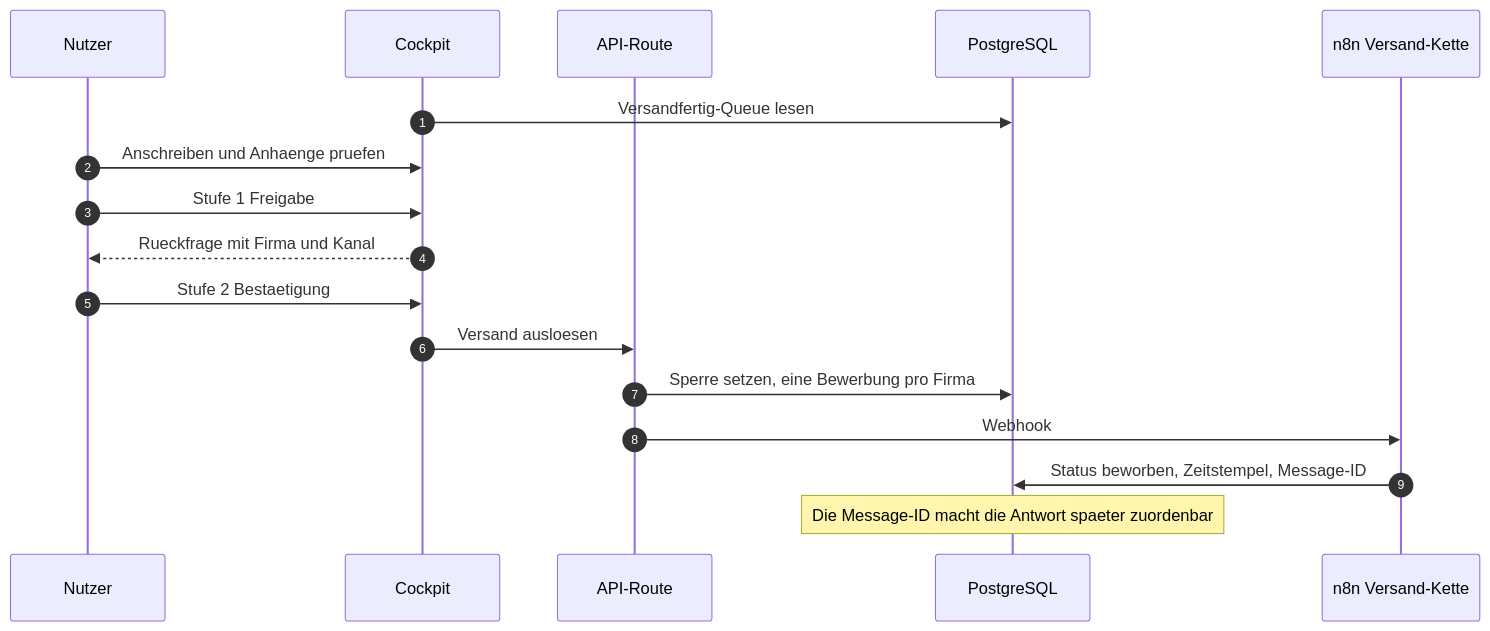
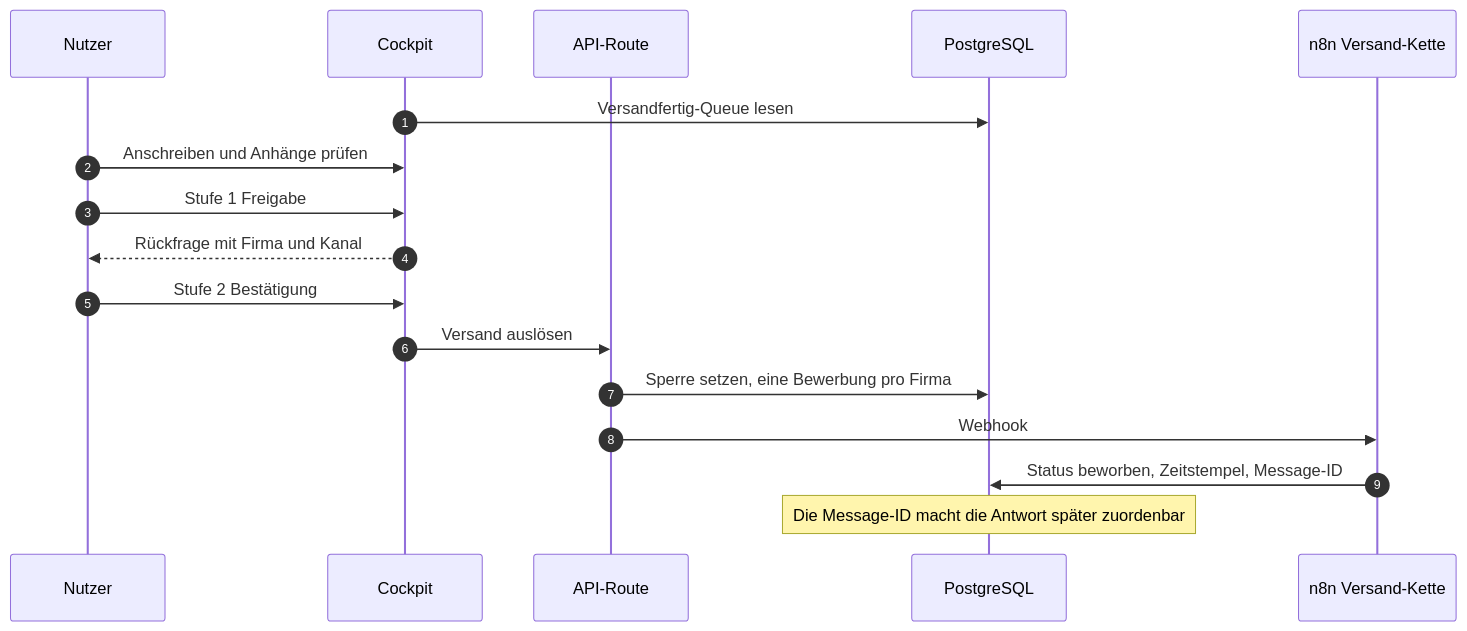
Before and after one commit to Oktay-94/job-application-cockpit: the diagram in README.md, drawn with Mermaid. The commit also changed other lines of this file, not shown here.

Commit message:
README: Umlaute im Fliesstext und in den Diagrammen

````diff
--- a/README.md
+++ b/README.md
@@ -28,20 +28,20 @@
 ```mermaid
 sequenceDiagram
     autonumber
     participant N as Nutzer
     participant UI as Cockpit
     participant API as API-Route
     participant DB as PostgreSQL
     participant W as n8n Versand-Kette
 
     UI->>DB: Versandfertig-Queue lesen
-    N->>UI: Anschreiben und Anhaenge pruefen
+    N->>UI: Anschreiben und Anhänge prüfen
     N->>UI: Stufe 1 Freigabe
-    UI-->>N: Rueckfrage mit Firma und Kanal
-    N->>UI: Stufe 2 Bestaetigung
-    UI->>API: Versand ausloesen
+    UI-->>N: Rückfrage mit Firma und Kanal
+    N->>UI: Stufe 2 Bestätigung
+    UI->>API: Versand auslösen
     API->>DB: Sperre setzen, eine Bewerbung pro Firma
     API->>W: Webhook
     W->>DB: Status beworben, Zeitstempel, Message-ID
-    Note over DB: Die Message-ID macht die Antwort spaeter zuordenbar
+    Note over DB: Die Message-ID macht die Antwort später zuordenbar
 ```
````
